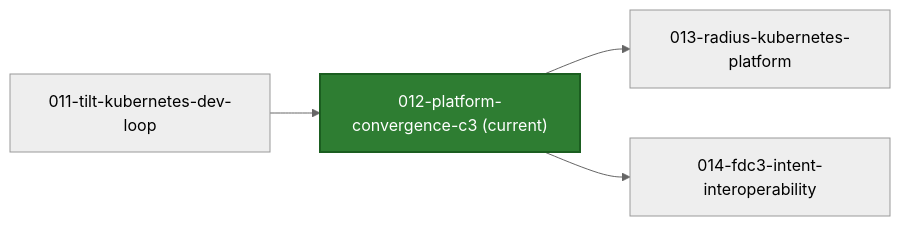
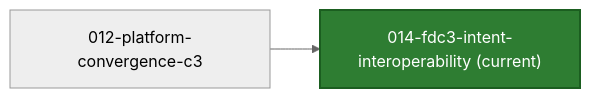
One commit to azure-octo/traderX changed the first of 2 diagrams in README.md. Above: the diagram before and after it, drawn with Mermaid (neutral theme). The commit also changed other lines of this file and 72 other files, not shown here.

First line of the commit message:
snapshot: 014-fdc3-intent-interoperability generated from a41e87908ebf8e9d2cd385280eacced32887bb1e

````diff
--- a/README.md
+++ b/README.md
@@ -19,12 +21,8 @@
 ```mermaid
 flowchart LR
-  S_CUR["012-platform-convergence-c3 (current)"]
+  S_CUR["014-fdc3-intent-interoperability (current)"]
   style S_CUR fill:#2e7d32,stroke:#1b5e20,color:#ffffff,stroke-width:2px
-  S_PREV_011_tilt_kubernetes_dev_loop["011-tilt-kubernetes-dev-loop"] --> S_CUR
-  click S_PREV_011_tilt_kubernetes_dev_loop href "https://github.com/finos/traderX/tree/code%2Fgenerated-state-011-tilt-kubernetes-dev-loop" "Open branch"
-  S_CUR --> S_NEXT_013_radius_kubernetes_platform["013-radius-kubernetes-platform"]
-  click S_NEXT_013_radius_kubernetes_platform href "https://github.com/finos/traderX/tree/code%2Fgenerated-state-013-radius-kubernetes-platform" "Open branch"
-  S_CUR --> S_NEXT_014_fdc3_intent_interoperability["014-fdc3-intent-interoperability"]
-  click S_NEXT_014_fdc3_intent_interoperability href "https://github.com/finos/traderX/tree/code%2Fgenerated-state-014-fdc3-intent-interoperability" "Open branch"
-  click S_CUR href "https://github.com/finos/traderX/tree/code%2Fgenerated-state-012-platform-convergence-c3" "Open current branch"
+  S_PREV_012_platform_convergence_c3["012-platform-convergence-c3"] --> S_CUR
+  click S_PREV_012_platform_convergence_c3 href "https://github.com/finos/traderX/tree/code%2Fgenerated-state-012-platform-convergence-c3" "Open branch"
+  click S_CUR href "https://github.com/finos/traderX/tree/code%2Fgenerated-state-014-fdc3-intent-interoperability" "Open current branch"
 ```
````
